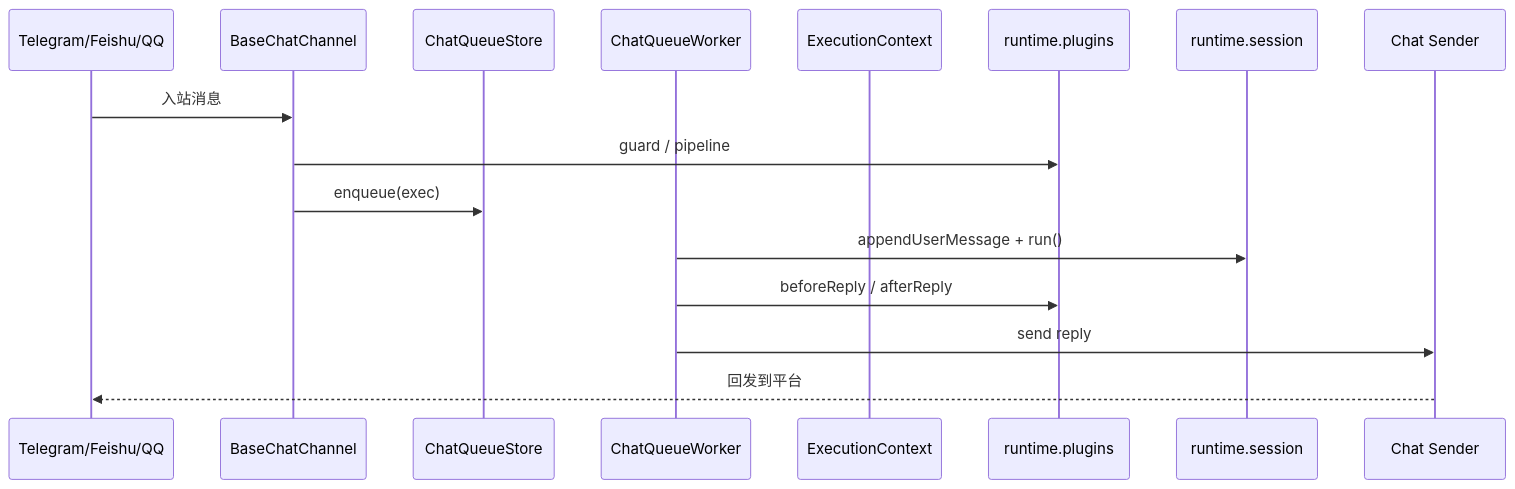
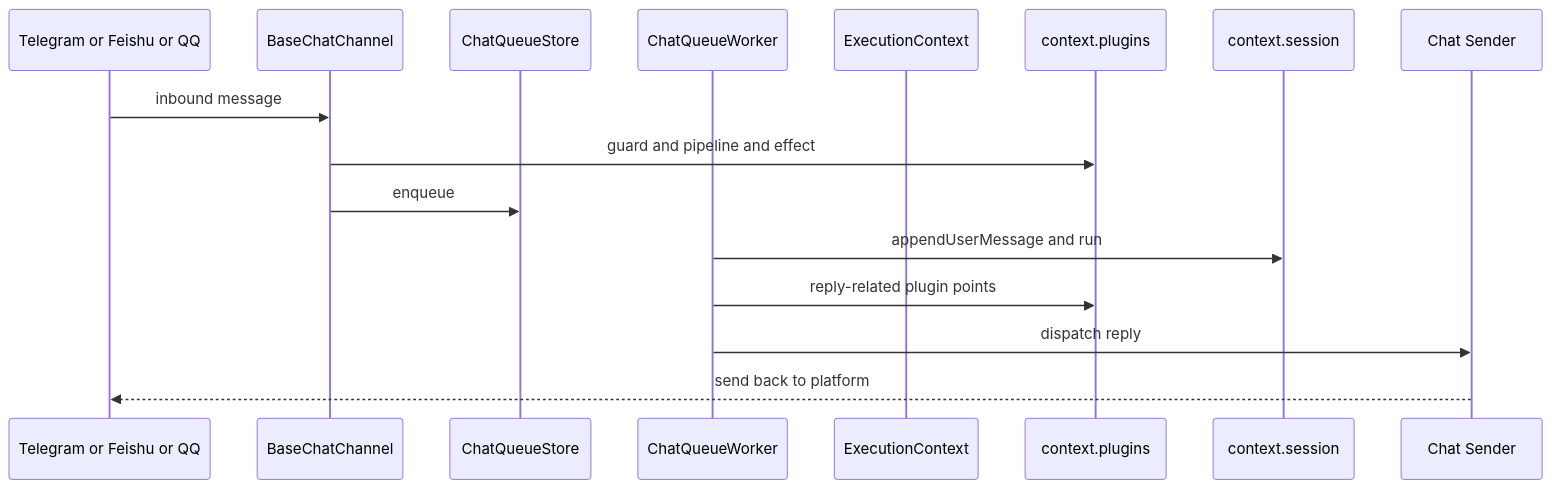
Before and after one commit to wangenius/downcity: the diagram in devdocs/chat-end-to-end-flow.md, drawn with Mermaid. The commit also changed other lines of this file and 96 other files, not shown here.

````diff
--- a/devdocs/chat-end-to-end-flow.md
+++ b/devdocs/chat-end-to-end-flow.md
@@ -11,19 +11,19 @@
 ```mermaid
 sequenceDiagram
-  participant Channel as Telegram/Feishu/QQ
-  participant Base as BaseChatChannel
-  participant Queue as ChatQueueStore
-  participant Worker as ChatQueueWorker
-  participant Runtime as ExecutionContext
-  participant Plugin as runtime.plugins
-  participant Session as runtime.session
-  participant Sender as Chat Sender
+  participant CHANNEL as Telegram or Feishu or QQ
+  participant BASE as BaseChatChannel
+  participant QUEUE as ChatQueueStore
+  participant WORKER as ChatQueueWorker
+  participant CTX as ExecutionContext
+  participant PLUGINS as context.plugins
+  participant SESSION as context.session
+  participant SENDER as Chat Sender
 
-  Channel->>Base: 入站消息
-  Base->>Plugin: guard / pipeline
-  Base->>Queue: enqueue(exec)
-  Worker->>Session: appendUserMessage + run()
-  Worker->>Plugin: beforeReply / afterReply
-  Worker->>Sender: send reply
-  Sender-->>Channel: 回发到平台
+  CHANNEL->>BASE: inbound message
+  BASE->>PLUGINS: guard and pipeline and effect
+  BASE->>QUEUE: enqueue
+  WORKER->>SESSION: appendUserMessage and run
+  WORKER->>PLUGINS: reply-related plugin points
+  WORKER->>SENDER: dispatch reply
+  SENDER-->>CHANNEL: send back to platform
 ```
````
